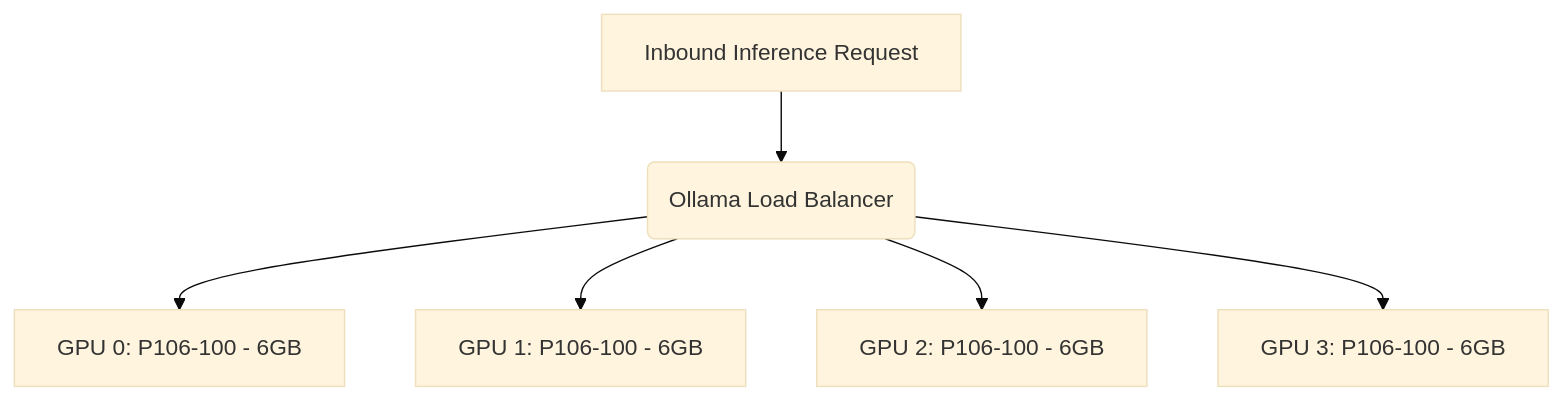
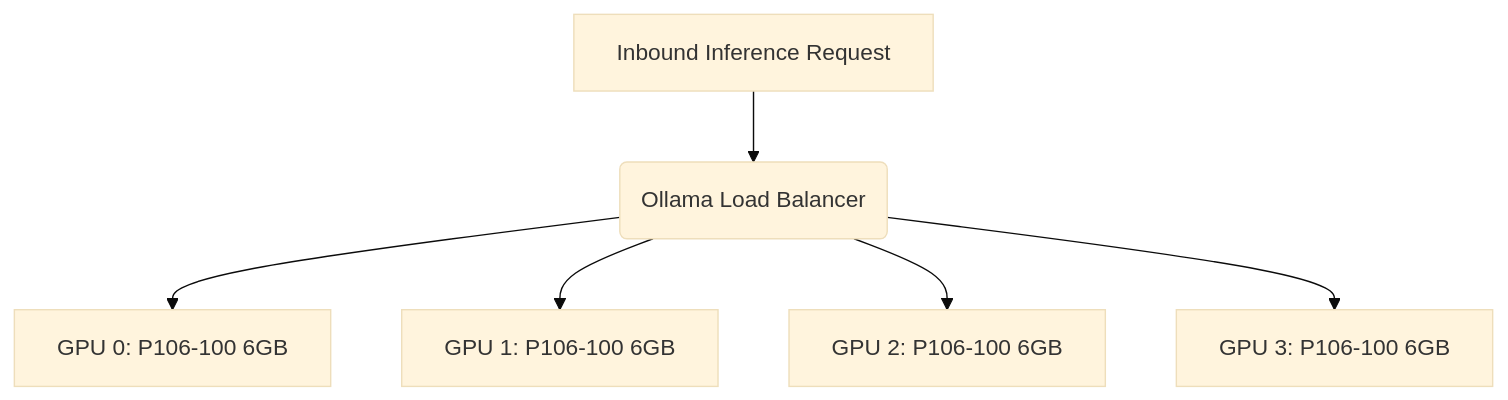
The diagram in README.md (Dinaverse/sovereign-ai-infrastructure), drawn with Mermaid (base theme) before and after one commit. The commit also changed other lines of this file, not shown here.

````diff
--- a/README.md
+++ b/README.md
@@ -51,8 +51,8 @@
 ```mermaid
 graph TD
     A[Inbound Inference Request] --> B(Ollama Load Balancer)
-    B --> C[GPU 0: P106-100 - 6GB]
-    B --> D[GPU 1: P106-100 - 6GB]
-    B --> E[GPU 2: P106-100 - 6GB]
-    B --> F[GPU 3: P106-100 - 6GB]
+    B --> C[GPU 0: P106-100 6GB]
+    B --> D[GPU 1: P106-100 6GB]
+    B --> E[GPU 2: P106-100 6GB]
+    B --> F[GPU 3: P106-100 6GB]
 ```
````
